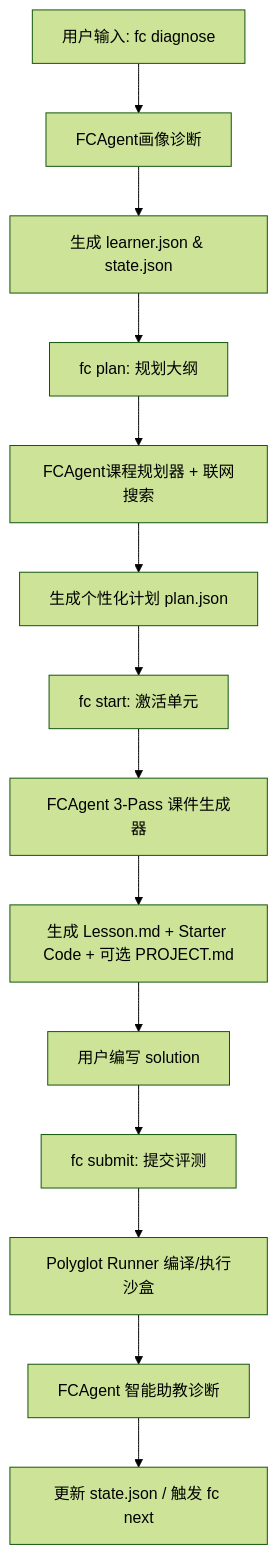
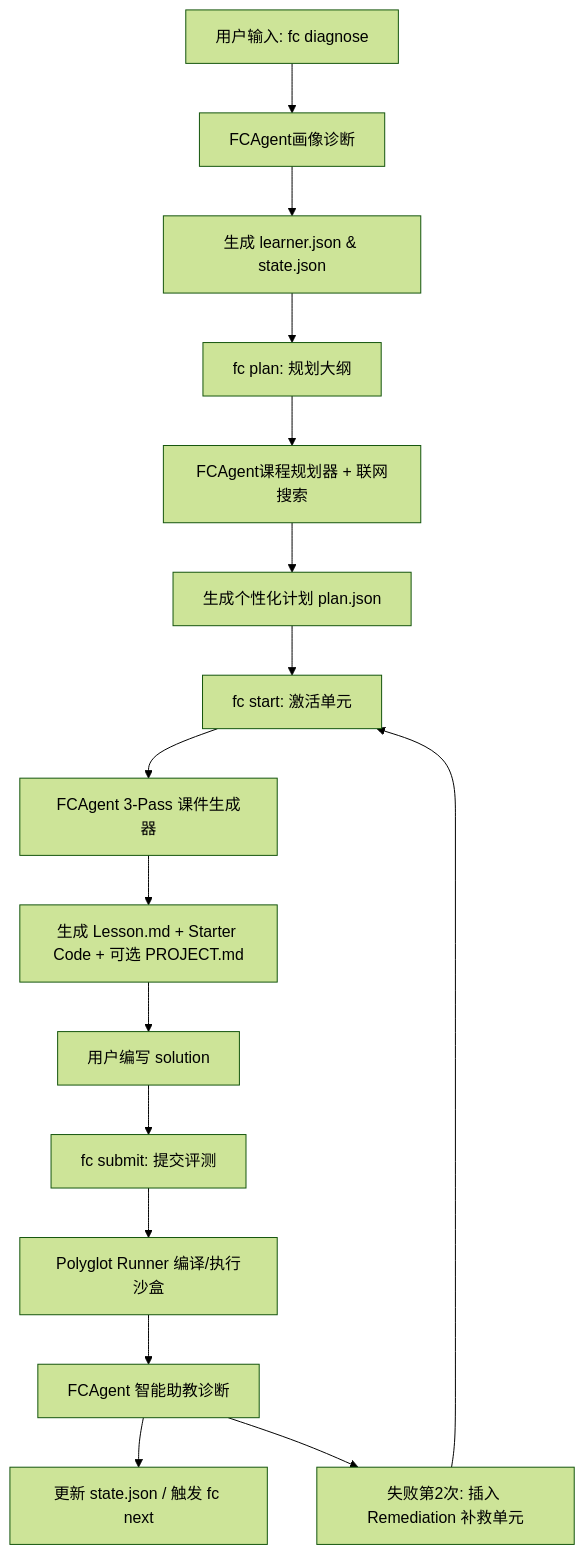
One commit to idealistichacker/MyAgentProject changed the diagram in fcagent_features_detail.md. Above: the diagram before and after it, drawn with Mermaid (forest theme). The commit also changed other lines of this file and 8 other files, not shown here.

````diff
--- a/fcagent_features_detail.md
+++ b/fcagent_features_detail.md
@@ -11,16 +11,18 @@
 ```mermaid
 graph TD
     A[用户输入: fc diagnose] --> B[FCAgent画像诊断]
     B --> C[生成 learner.json & state.json]
     C --> D[fc plan: 规划大纲]
     D --> E[FCAgent课程规划器 + 联网搜索]
     E --> F[生成个性化计划 plan.json]
     F --> G[fc start: 激活单元]
     G --> H[FCAgent 3-Pass 课件生成器]
     H --> I[生成 Lesson.md + Starter Code + 可选 PROJECT.md]
     I --> J[用户编写 solution]
     J --> K[fc submit: 提交评测]
     K --> L[Polyglot Runner 编译/执行沙盒]
     L --> M[FCAgent 智能助教诊断]
     M --> N[更新 state.json / 触发 fc next]
+    M --> O[失败第2次: 插入 Remediation 补救单元]
+    O --> G
 ```
````
